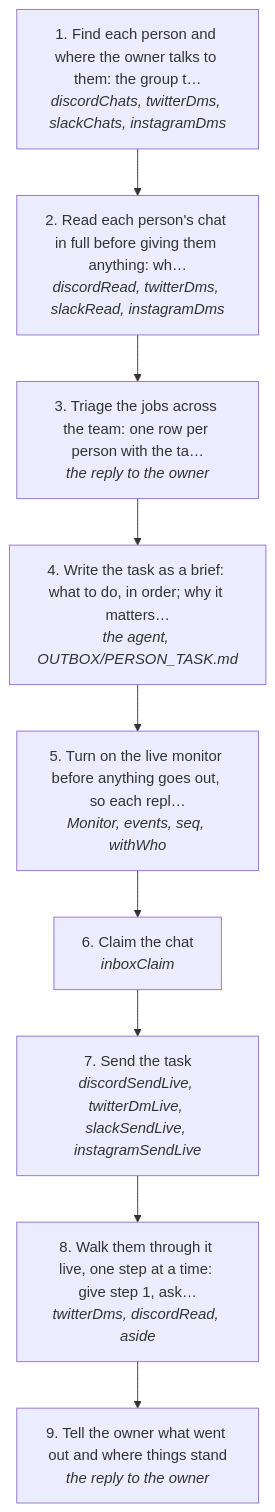
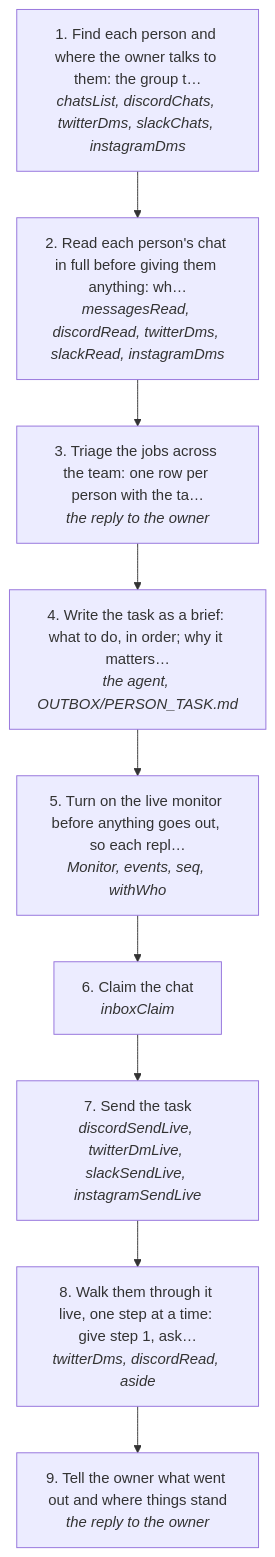
Before and after one commit to matthewdonsemail-lab/log: the diagram in docs/useCases/inbox/bossMaxxing.md, drawn with Mermaid. The commit also changed other lines of this file and 45 other files, not shown here.

````diff
--- a/docs/useCases/inbox/bossMaxxing.md
+++ b/docs/useCases/inbox/bossMaxxing.md
@@ -14,20 +14,20 @@
 ```mermaid
 flowchart TD
-  s0["1. Find each person and where the owner talks to them: the group t…<br/><i>discordChats, twitterDms, slackChats, instagramDms</i>"]
-  s1["2. Read each person's chat in full before giving them anything: wh…<br/><i>discordRead, twitterDms, slackRead, instagramDms</i>"]
+  s0["1. Find each person and where the owner talks to them: the group t…<br/><i>chatsList, discordChats, twitterDms, slackChats, instagramDms</i>"]
+  s1["2. Read each person's chat in full before giving them anything: wh…<br/><i>messagesRead, discordRead, twitterDms, slackRead, instagramDms</i>"]
   s2["3. Triage the jobs across the team: one row per person with the ta…<br/><i>the reply to the owner</i>"]
   s3["4. Write the task as a brief: what to do, in order; why it matters…<br/><i>the agent, OUTBOX/PERSON_TASK.md</i>"]
   s4["5. Turn on the live monitor before anything goes out, so each repl…<br/><i>Monitor, events, seq, withWho</i>"]
   s5["6. Claim the chat<br/><i>inboxClaim</i>"]
   s6["7. Send the task<br/><i>discordSendLive, twitterDmLive, slackSendLive, instagramSendLive</i>"]
   s7["8. Walk them through it live, one step at a time: give step 1, ask…<br/><i>twitterDms, discordRead, aside</i>"]
   s8["9. Tell the owner what went out and where things stand<br/><i>the reply to the owner</i>"]
   s0 --> s1
   s1 --> s2
   s2 --> s3
   s3 --> s4
   s4 --> s5
   s5 --> s6
   s6 --> s7
   s7 --> s8
 ```
````
